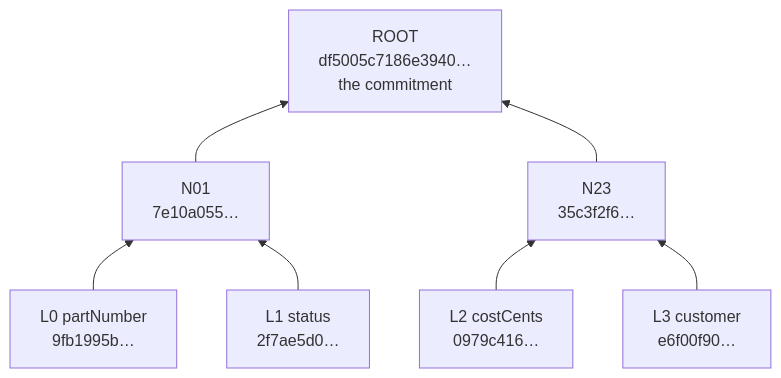
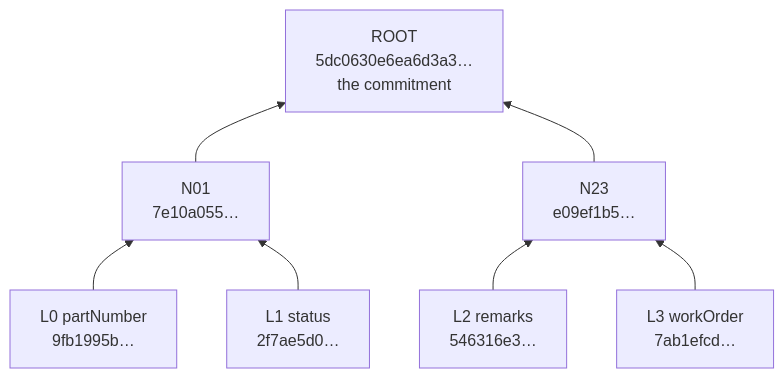
Before and after one commit to cldixon/f8130-tracker: the first of 2 diagrams in docs/commitments.md, drawn with Mermaid. The commit also changed other lines of this file and 31 other files, not shown here.

````diff
--- a/docs/commitments.md
+++ b/docs/commitments.md
@@ -107,9 +111,9 @@
 ```mermaid
 flowchart BT
     L0["L0 partNumber<br/>9fb1995b…"] --> N01["N01<br/>7e10a055…"]
     L1["L1 status<br/>2f7ae5d0…"] --> N01
-    L2["L2 costCents<br/>0979c416…"] --> N23["N23<br/>35c3f2f6…"]
-    L3["L3 customer<br/>e6f00f90…"] --> N23
-    N01 --> ROOT["ROOT<br/>df5005c7186e3940…<br/>the commitment"]
+    L2["L2 remarks<br/>546316e3…"] --> N23["N23<br/>e09ef1b5…"]
+    L3["L3 workOrder<br/>7ab1efcd…"] --> N23
+    N01 --> ROOT["ROOT<br/>5dc0630e6ea6d3a3…<br/>the commitment"]
     N23 --> ROOT
 ```
````
